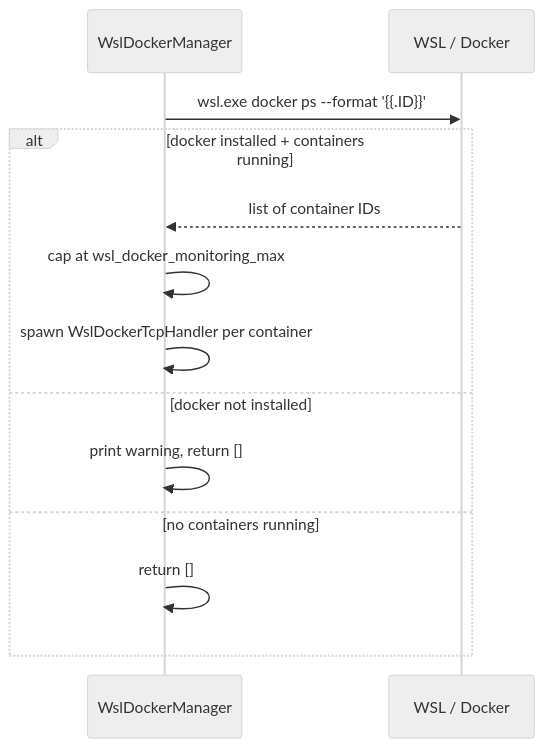
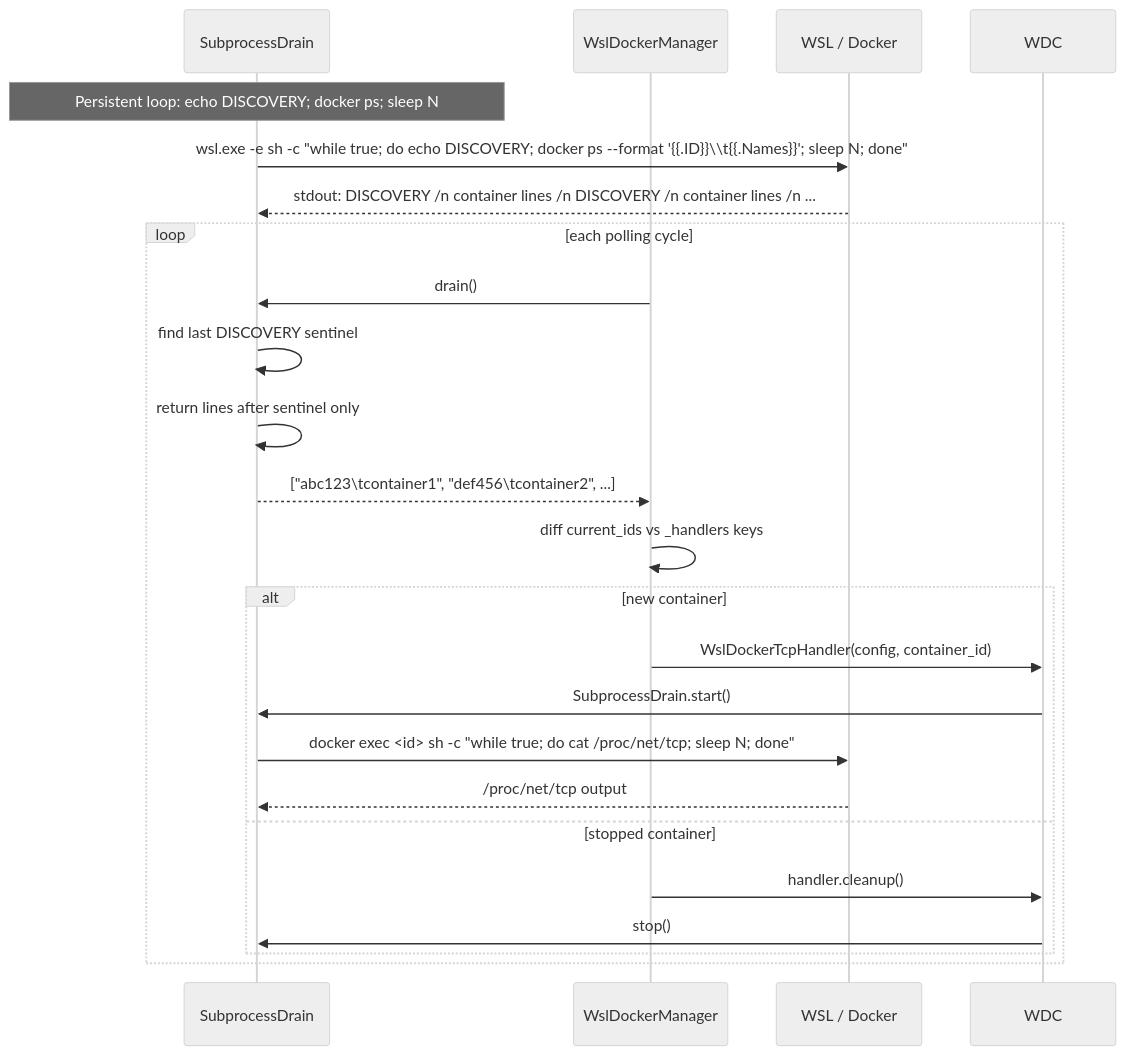
The second of 3 diagrams in docs/sequence-diagram.md (JonathanKChang/llm_wakelock_windows), drawn with Mermaid (neutral theme) before and after one commit. The commit also changed other lines of this file and 3 other files, not shown here.

First line of the commit message:
docs: update all diagrams for SubprocessDrain architecture

````diff
--- a/docs/sequence-diagram.md
+++ b/docs/sequence-diagram.md
@@ -73,16 +82,27 @@
 ```mermaid
 sequenceDiagram
+    participant DD as SubprocessDrain
     participant WD as WslDockerManager
     participant OS as WSL / Docker
 
-    WD->>OS: wsl.exe docker ps --format '{{.ID}}'
-    alt docker installed + containers running
-        OS-->>WD: list of container IDs
-        WD->>WD: cap at wsl_docker_monitoring_max
-        WD->>WD: spawn WslDockerTcpHandler per container
-    else docker not installed
-        WD->>WD: print warning, return []
-    else no containers running
-        WD->>WD: return []
+    Note over DD: Persistent loop: echo DISCOVERY#59; docker ps#59; sleep N
+    DD->>OS: wsl.exe -e sh -c "while true#59; do echo DISCOVERY#59; docker ps --format '{{.ID}}\\t{{.Names}}'#59; sleep N#59; done"
+    OS-->>DD: stdout: DISCOVERY /n container lines /n DISCOVERY /n container lines /n ...
+
+    loop each polling cycle
+        WD->>DD: drain()
+        DD->>DD: find last DISCOVERY sentinel
+        DD->>DD: return lines after sentinel only
+        DD-->>WD: ["abc123\tcontainer1", "def456\tcontainer2", ...]
+        WD->>WD: diff current_ids vs _handlers keys
+        alt new container
+            WD->>WDC: WslDockerTcpHandler(config, container_id)
+            WDC->>DD: SubprocessDrain.start()
+            DD->>OS: docker exec <id> sh -c "while true#59; do cat /proc/net/tcp#59; sleep N#59; done"
+            OS-->>DD: /proc/net/tcp output
+        else stopped container
+            WD->>WDC: handler.cleanup()
+            WDC->>DD: stop()
+        end
     end
 ```
````
